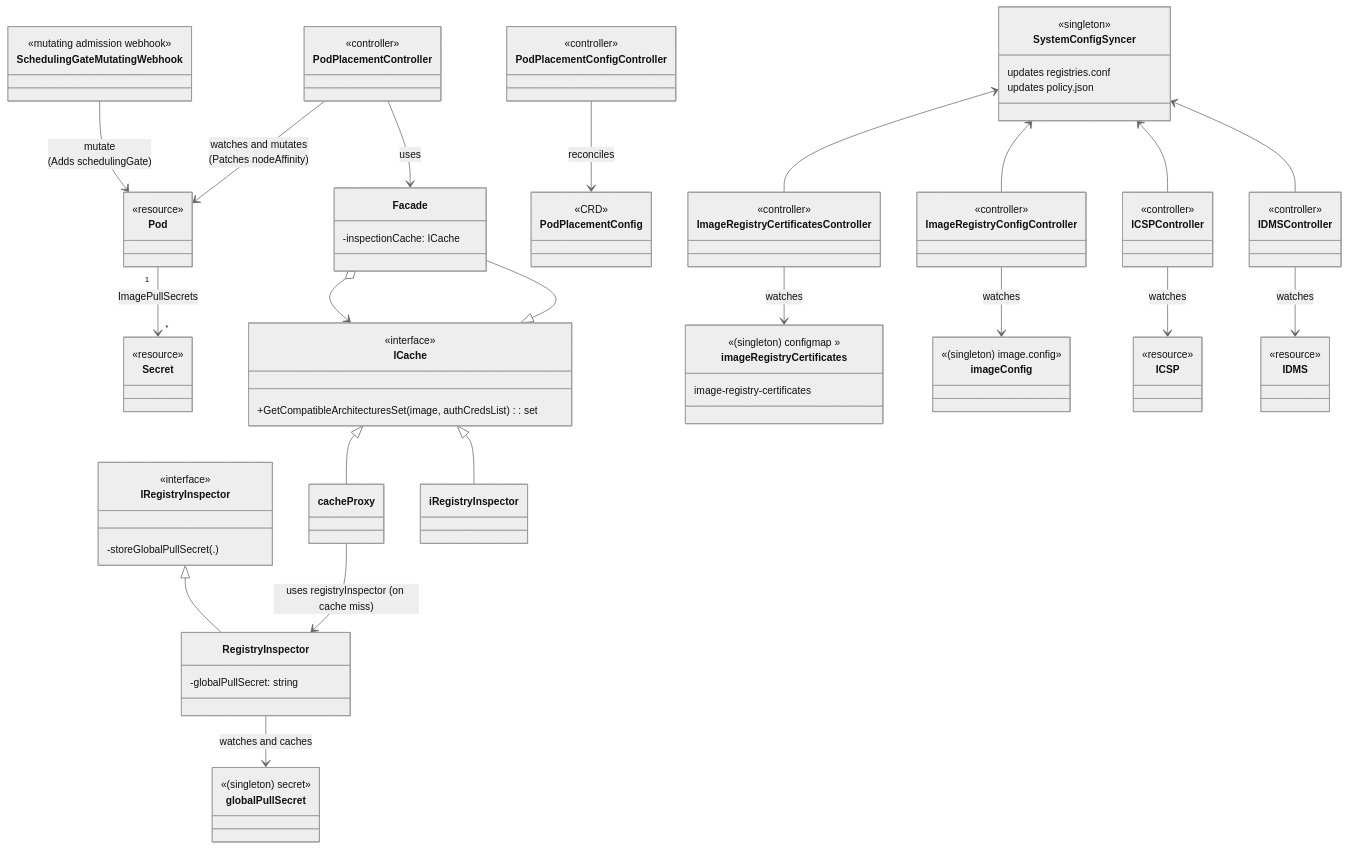
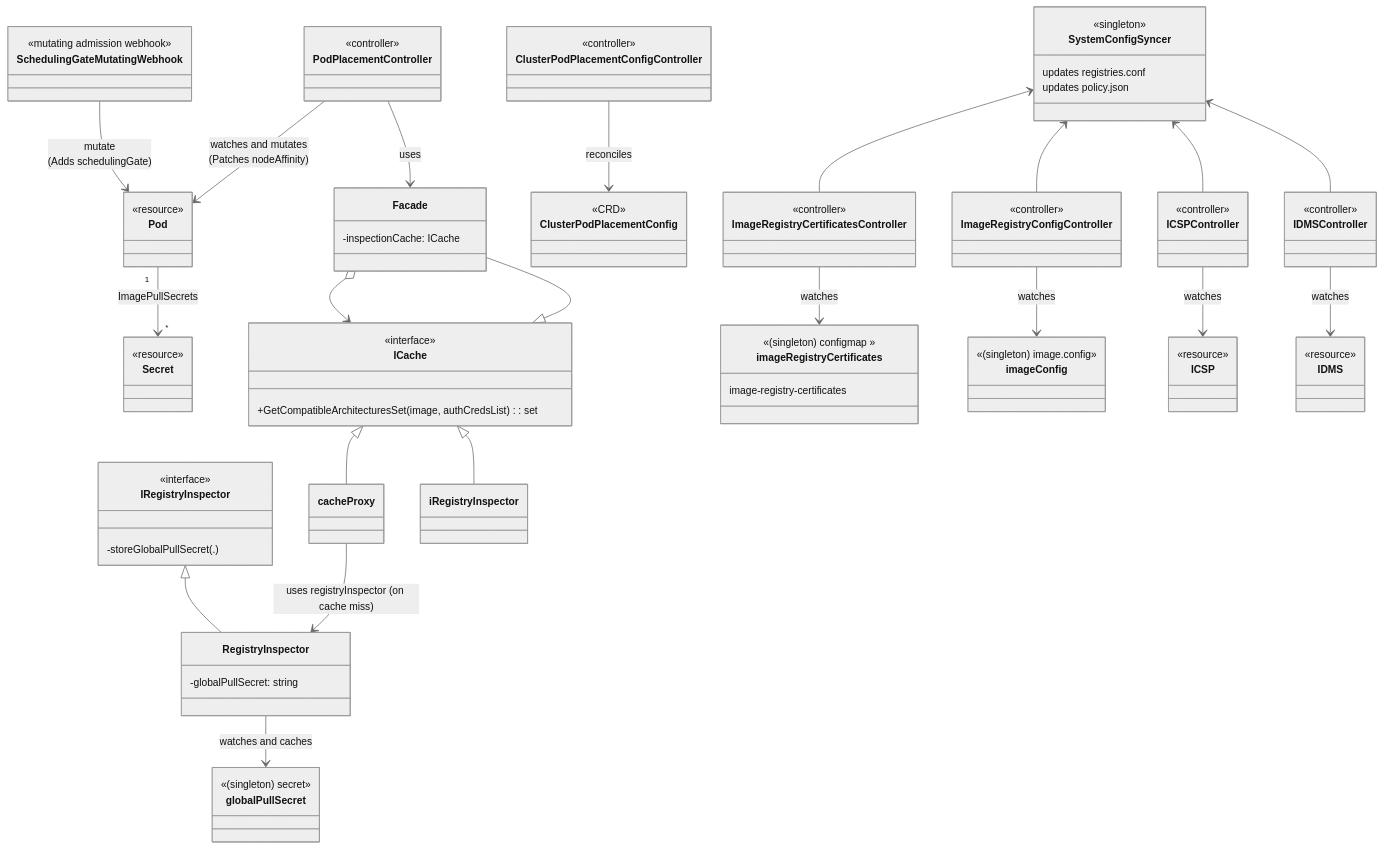
One commit to openshift/multiarch-tuning-operator changed the second of 3 diagrams in docs/enhancements/MTO-0001.md. Above: the diagram before and after it, drawn with Mermaid. The commit also changed other lines of this file, not shown here.

```diff
--- a/docs/enhancements/MTO-0001.md
+++ b/docs/enhancements/MTO-0001.md
@@ -442,11 +442,11 @@
 
     }
 
-    class PodPlacementConfig {
+    class ClusterPodPlacementConfig {
         <<CRD>>
     }
 
-    class PodPlacementConfigController {
+    class ClusterPodPlacementConfigController {
         <<controller>>
 
     }
@@ -520,7 +520,7 @@
     Pod "1" --> "*" Secret : ImagePullSecrets
     PodPlacementController --> Pod : watches and mutates<br>(Patches nodeAffinity)
     SchedulingGateMutatingWebhook --> Pod : mutate<br>(Adds schedulingGate)
-    PodPlacementConfigController --> PodPlacementConfig : reconciles
+    ClusterPodPlacementConfigController --> ClusterPodPlacementConfig : reconciles
 
     PodPlacementController --> Facade : uses
     RegistryInspector --> globalPullSecret : watches and caches
```
